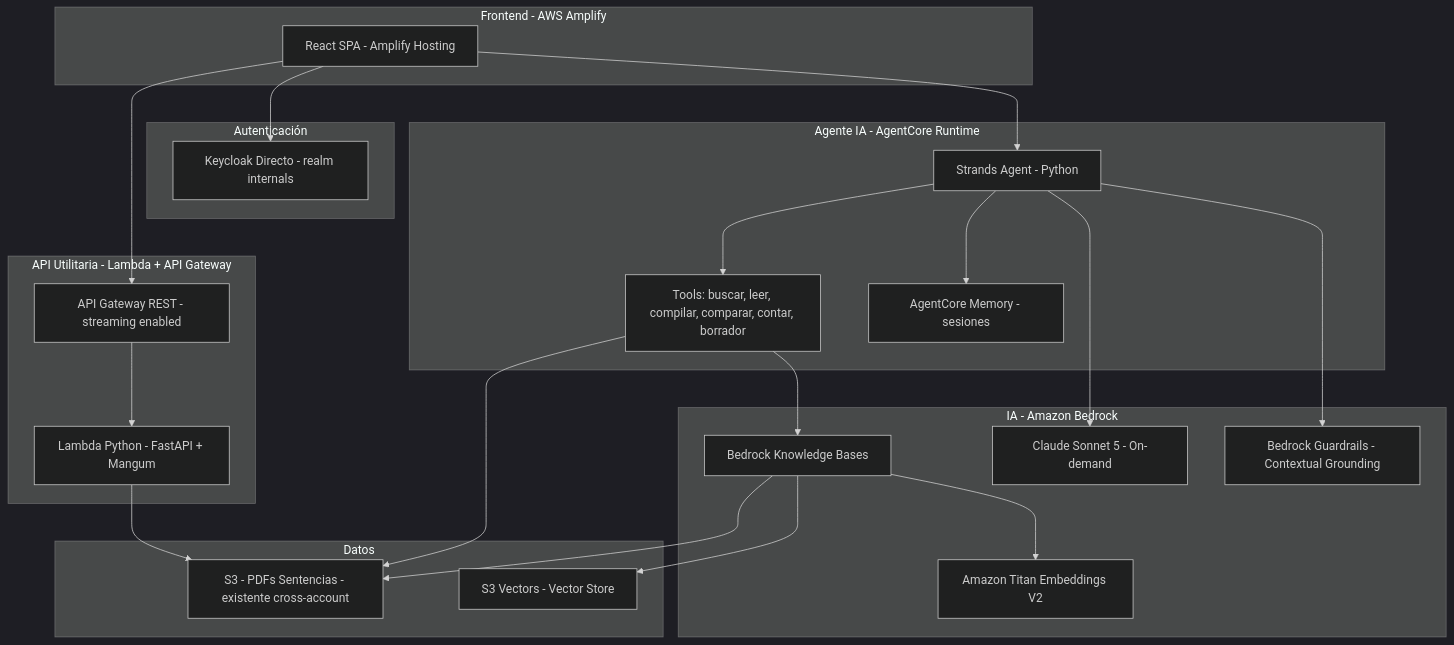
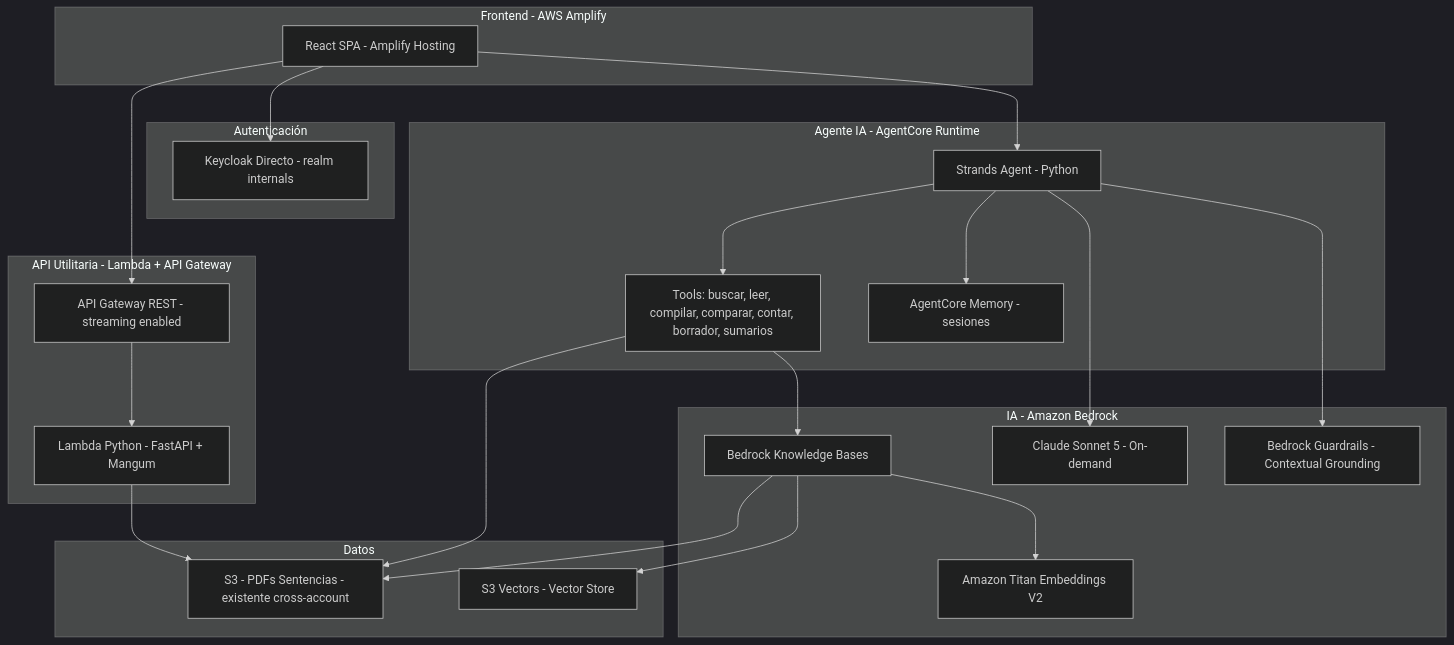
The first of 5 diagrams in .kiro/specs/jurisprudencia-mendoza-aws/design.md (Poder-Judicial-de-Mendoza/juris-mza), drawn with Mermaid (dark theme) before and after one commit. The commit also changed other lines of this file and 6 other files, not shown here.

````diff
--- a/.kiro/specs/jurisprudencia-mendoza-aws/design.md
+++ b/.kiro/specs/jurisprudencia-mendoza-aws/design.md
@@ -30,48 +31,48 @@
 ```mermaid
 graph TD
     subgraph "Frontend - AWS Amplify"
         PORTAL[React SPA - Amplify Hosting]
     end
 
     subgraph "Autenticación"
         KEYCLOAK[Keycloak Directo - realm internals]
     end
 
     subgraph "Agente IA - AgentCore Runtime"
         STRANDS[Strands Agent - Python]
-        TOOLS[Tools: buscar, leer, compilar, comparar, contar, borrador]
+        TOOLS[Tools: buscar, leer, compilar, comparar, contar, borrador, sumarios]
         MEMORY[AgentCore Memory - sesiones]
     end
 
     subgraph "API Utilitaria - Lambda + API Gateway"
         APIGW[API Gateway REST - streaming enabled]
         LAMBDA[Lambda Python - FastAPI + Mangum]
     end
 
     subgraph "IA - Amazon Bedrock"
         KB[Bedrock Knowledge Bases]
         CLAUDE[Claude Sonnet 5 - On-demand]
         EMBED[Amazon Titan Embeddings V2]
         GUARD[Bedrock Guardrails - Contextual Grounding]
     end
 
     subgraph "Datos"
         S3[S3 - PDFs Sentencias - existente cross-account]
         S3V[S3 Vectors - Vector Store]
     end
 
     PORTAL --> KEYCLOAK
     PORTAL --> STRANDS
     PORTAL --> APIGW
     APIGW --> LAMBDA
     STRANDS --> TOOLS
     STRANDS --> MEMORY
     STRANDS --> CLAUDE
     STRANDS --> GUARD
     TOOLS --> KB
     TOOLS --> S3
     KB --> EMBED
     KB --> S3V
     KB --> S3
     LAMBDA --> S3
 ```
````
